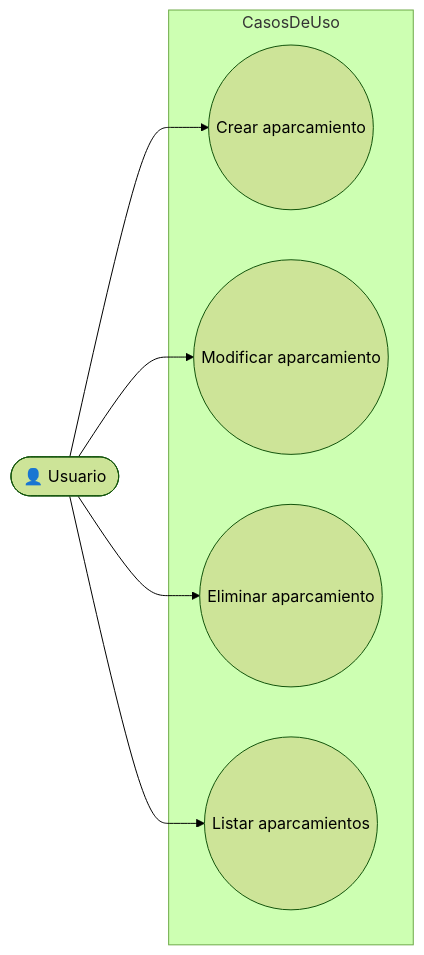
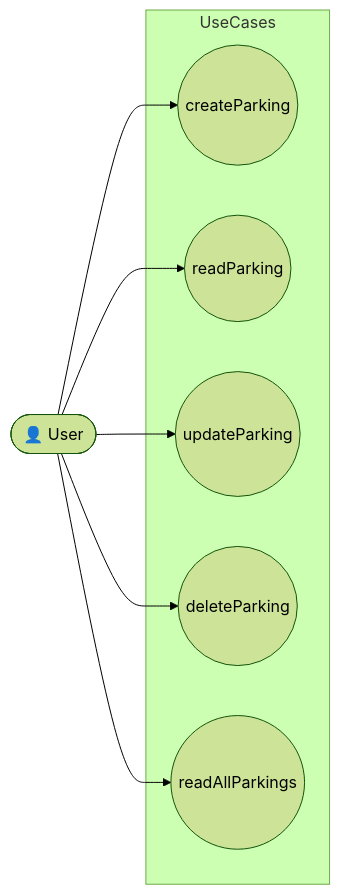
One commit to alex-boni/QuickStop changed the diagram in docs/Casos de Uso/Aparcamiento-CU.md. Above: the diagram before and after it, drawn with Mermaid (forest theme).

Commit message:
Update use case diagram terminology in markdown

````diff
--- a/docs/Casos de Uso/Aparcamiento-CU.md
+++ b/docs/Casos de Uso/Aparcamiento-CU.md
@@ -1,18 +1,19 @@
 ```mermaid
 flowchart LR
-  actorUser([👤 Usuario])
+  actorUser([👤 User])
 
-  subgraph CasosDeUso
-    U1((Crear aparcamiento))
-    U2((Modificar aparcamiento))
-    U3((Eliminar aparcamiento))
-    U4((Listar aparcamientos))
-
+  subgraph UseCases
+    U1((createParking))
+    U2((readParking))
+    U3((updateParking))
+    U4((deleteParking))
+    U5((readAllParkings))
   end
 
   actorUser --> U1
   actorUser --> U2
   actorUser --> U3
   actorUser --> U4
+  actorUser --> U5
 
 ```
````
